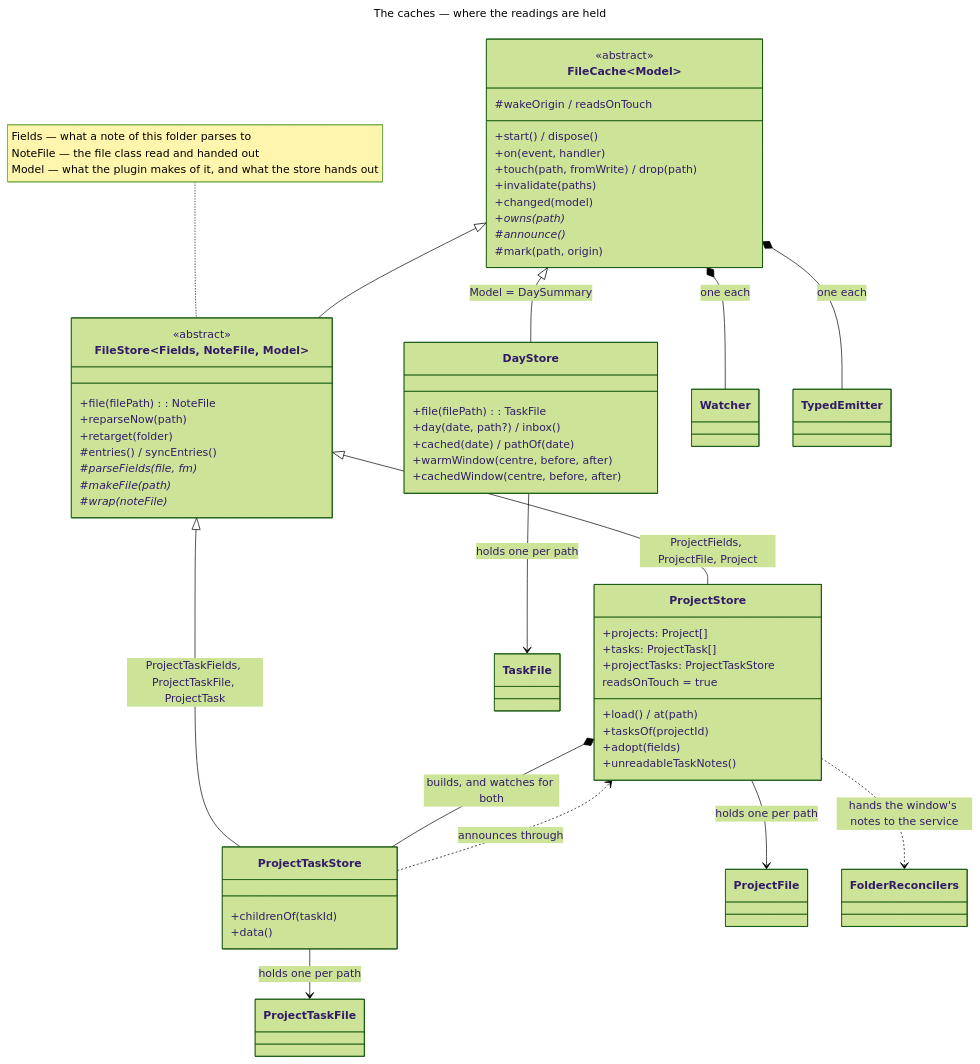
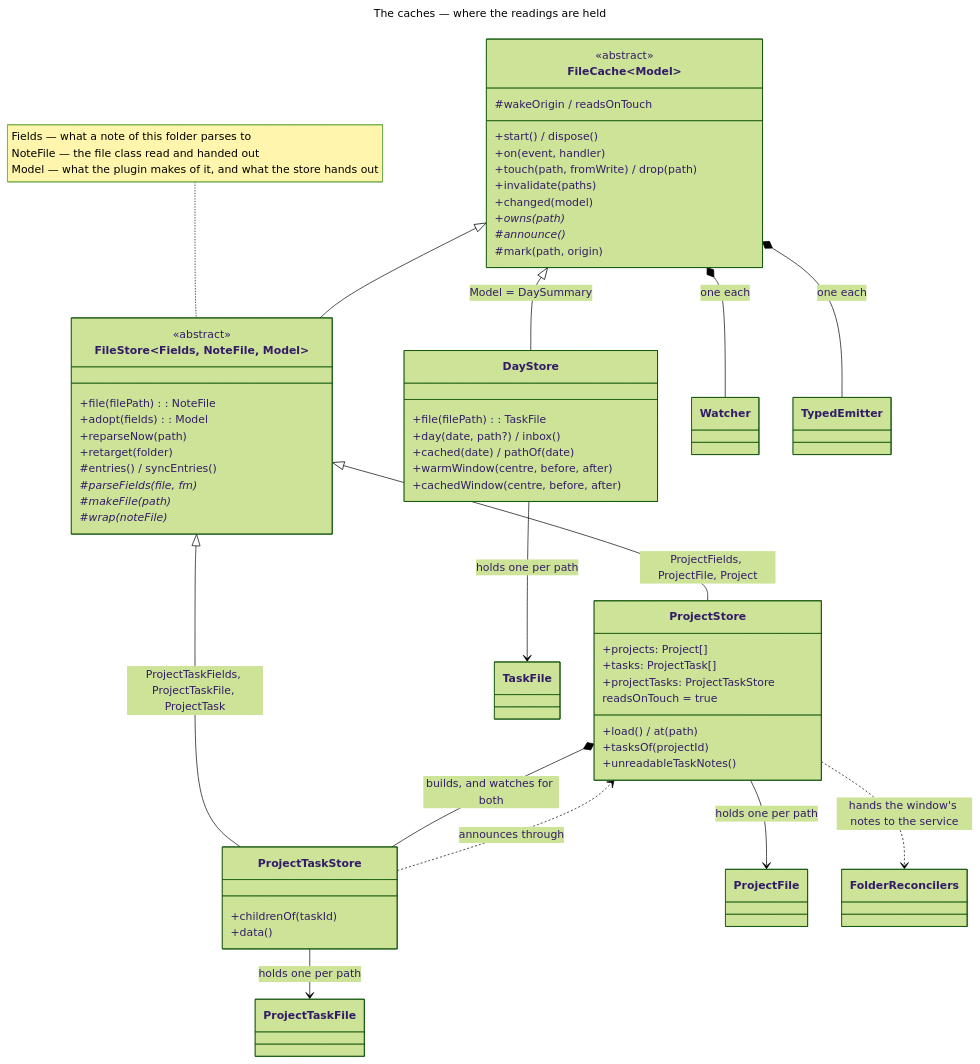
One commit to Laurent-Ferier/pm-compass changed the diagram in docs/technical/diagrams/stores.mmd. Above: the diagram before and after it, drawn with Mermaid (forest theme). The commit also changed 11 other files, not shown here.

```diff
--- a/docs/technical/diagrams/stores.mmd
+++ b/docs/technical/diagrams/stores.mmd
@@ -1,69 +1,69 @@
 ---
 title: The caches — where the readings are held
 ---
 classDiagram
   direction TB
 
   class FileCache~Model~ {
     <<abstract>>
     +start() / dispose()
     +on(event, handler)
     +touch(path, fromWrite) / drop(path)
     +invalidate(paths)
     +changed(model)
     +owns(path)*
     #announce()*
     #mark(path, origin)
     #wakeOrigin / readsOnTouch
   }
 
   class FileStore~Fields, NoteFile, Model~ {
     <<abstract>>
     +file(filePath): NoteFile
+    +adopt(fields): Model
     +reparseNow(path)
     +retarget(folder)
     #entries() / syncEntries()
     #parseFields(file, fm)*
     #makeFile(path)*
     #wrap(noteFile)*
   }
 
   class ProjectStore {
     +projects: Project[]
     +tasks: ProjectTask[]
     +projectTasks: ProjectTaskStore
     +load() / at(path)
     +tasksOf(projectId)
-    +adopt(fields)
     +unreadableTaskNotes()
     readsOnTouch = true
   }
 
   class ProjectTaskStore {
     +childrenOf(taskId)
     +data()
   }
 
   class DayStore {
     +file(filePath): TaskFile
     +day(date, path?) / inbox()
     +cached(date) / pathOf(date)
     +warmWindow(centre, before, after)
     +cachedWindow(centre, before, after)
   }
 
   note for FileStore "Fields — what a note of this folder parses to<br/>NoteFile — the file class read and handed out<br/>Model — what the plugin makes of it, and what the store hands out"
 
   FileCache <|-- FileStore
   FileCache <|-- DayStore : Model = DaySummary
   FileStore <|-- ProjectStore : ProjectFields, ProjectFile, Project
   FileStore <|-- ProjectTaskStore : ProjectTaskFields, ProjectTaskFile, ProjectTask
 
   ProjectStore *-- ProjectTaskStore : builds, and watches for both
   FileCache *-- Watcher : one each
   FileCache *-- TypedEmitter : one each
   ProjectStore --> ProjectFile : holds one per path
   ProjectTaskStore --> ProjectTaskFile : holds one per path
   DayStore --> TaskFile : holds one per path
   ProjectTaskStore ..> ProjectStore : announces through
   ProjectStore ..> FolderReconcilers : hands the window's notes to the service
```
